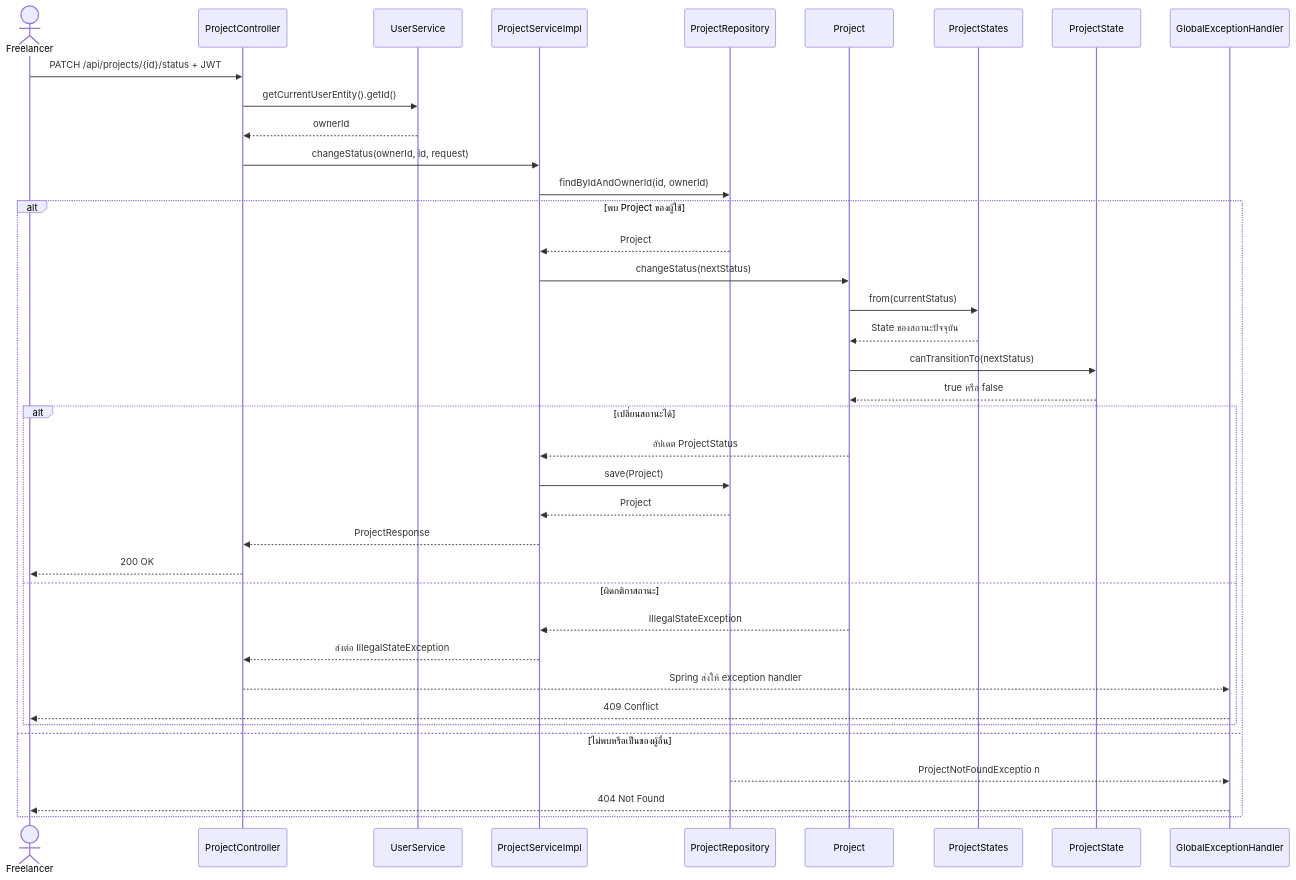
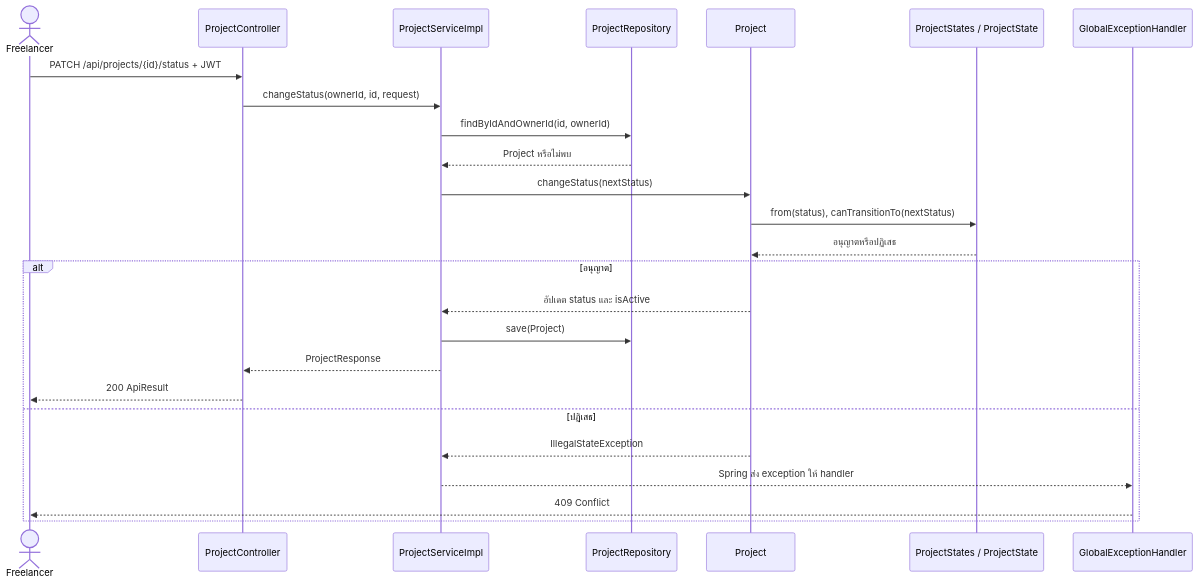
The diagram in doc/V1/USECASE/kantavit-usecase.md (lillianxhub/freelance-hub), drawn with Mermaid before and after one commit. The commit also changed other lines of this file and 2 other files, not shown here.

````diff
--- a/doc/V1/USECASE/kantavit-usecase.md
+++ b/doc/V1/USECASE/kantavit-usecase.md
@@ -177,41 +125,27 @@
 ```mermaid
 sequenceDiagram
     actor F as Freelancer
     participant C as ProjectController
-    participant U as UserService
     participant S as ProjectServiceImpl
     participant R as ProjectRepository
     participant P as Project
-    participant PS as ProjectStates
-    participant ST as ProjectState
+    participant ST as ProjectStates / ProjectState
     participant H as GlobalExceptionHandler
-
     F->>C: PATCH /api/projects/{id}/status + JWT
-    C->>U: getCurrentUserEntity().getId()
-    U-->>C: ownerId
     C->>S: changeStatus(ownerId, id, request)
     S->>R: findByIdAndOwnerId(id, ownerId)
-    alt พบ Project ของผู้ใช้
-        R-->>S: Project
-        S->>P: changeStatus(nextStatus)
-        P->>PS: from(currentStatus)
-        PS-->>P: State ของสถานะปัจจุบัน
-        P->>ST: canTransitionTo(nextStatus)
-        ST-->>P: true หรือ false
-        alt เปลี่ยนสถานะได้
-            P-->>S: อัปเดต ProjectStatus
-            S->>R: save(Project)
-            R-->>S: Project
-            S-->>C: ProjectResponse
-            C-->>F: 200 OK
-        else ผิดกติกาสถานะ
-            P-->>S: IllegalStateException
-            S-->>C: ส่งต่อ IllegalStateException
-            C-->>H: Spring ส่งให้ exception handler
-            H-->>F: 409 Conflict
-        end
-    else ไม่พบหรือเป็นของผู้อื่น
-        R-->>H: ProjectNotFoundExceptio n
-        H-->>F: 404 Not Found
+    R-->>S: Project หรือไม่พบ
+    S->>P: changeStatus(nextStatus)
+    P->>ST: from(status), canTransitionTo(nextStatus)
+    ST-->>P: อนุญาตหรือปฏิเสธ
+    alt อนุญาต
+        P-->>S: อัปเดต status และ isActive
+        S->>R: save(Project)
+        S-->>C: ProjectResponse
+        C-->>F: 200 ApiResult
+    else ปฏิเสธ
+        P-->>S: IllegalStateException
+        S-->>H: Spring ส่ง exception ให้ handler
+        H-->>F: 409 Conflict
     end
 ```
````
